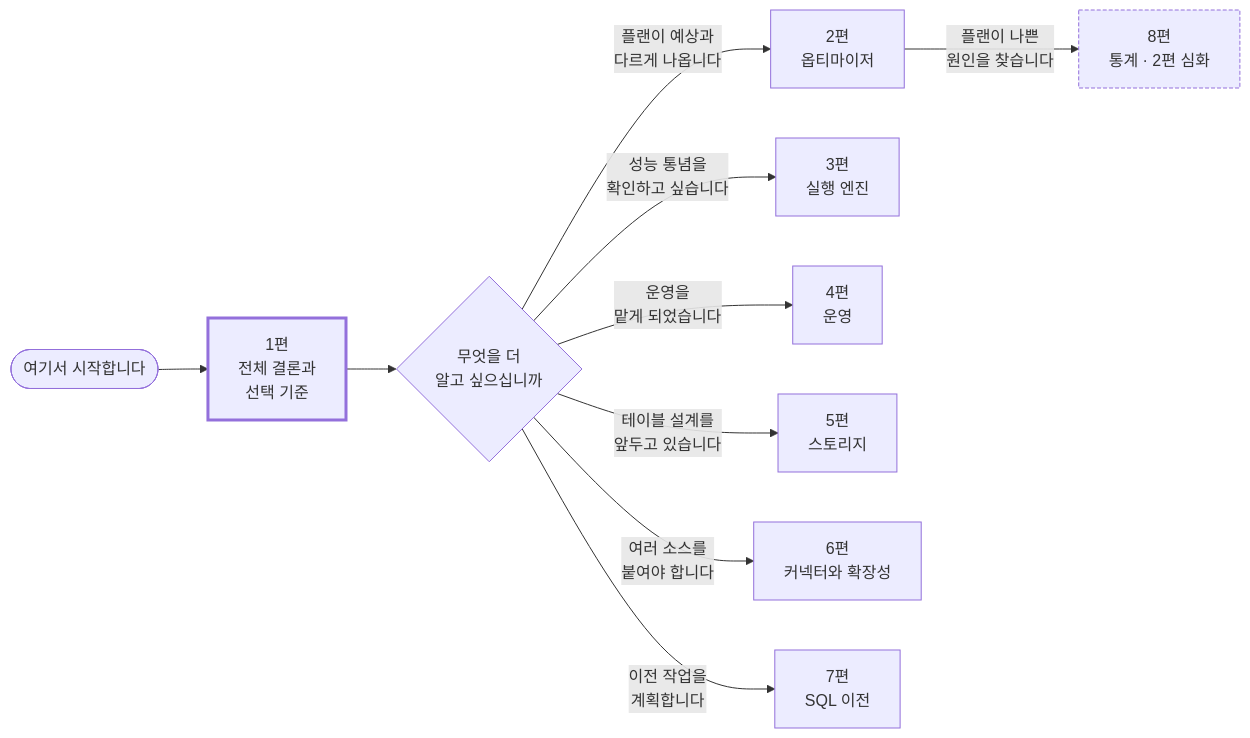
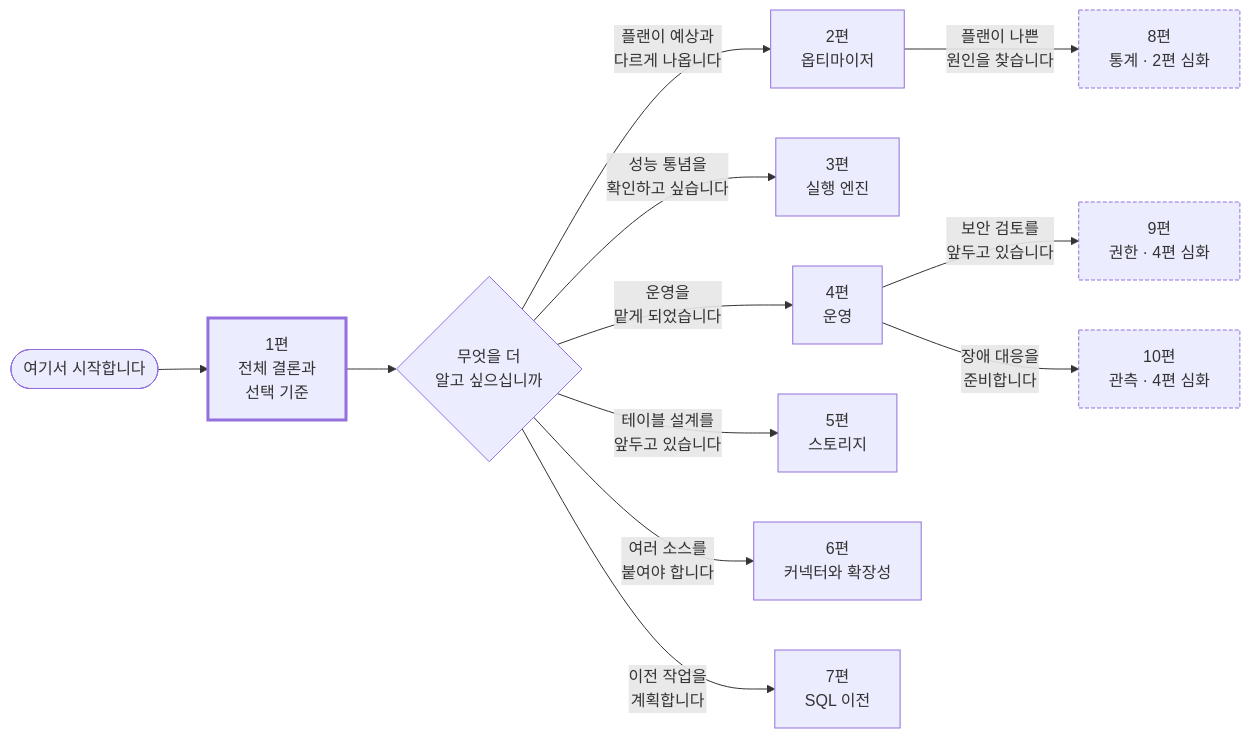
One commit to braveji18/dataops-insight changed the first of 5 diagrams in docs/blog/00-시리즈-안내.md. Above: the diagram before and after it, drawn with Mermaid. The commit also changed other lines of this file and 5 other files, not shown here.

````diff
--- a/docs/blog/00-시리즈-안내.md
+++ b/docs/blog/00-시리즈-안내.md
@@ -24,16 +24,18 @@
 ```mermaid
 flowchart LR
     START(["여기서 시작합니다"]) --> P1["1편<br/>전체 결론과<br/>선택 기준"]
     P1 --> Q{"무엇을 더<br/>알고 싶으십니까"}
     Q -->|"플랜이 예상과<br/>다르게 나옵니다"| P2["2편<br/>옵티마이저"]
     Q -->|"성능 통념을<br/>확인하고 싶습니다"| P3["3편<br/>실행 엔진"]
     Q -->|"운영을<br/>맡게 되었습니다"| P4["4편<br/>운영"]
     Q -->|"테이블 설계를<br/>앞두고 있습니다"| P5["5편<br/>스토리지"]
     Q -->|"여러 소스를<br/>붙여야 합니다"| P6["6편<br/>커넥터와 확장성"]
     Q -->|"이전 작업을<br/>계획합니다"| P7["7편<br/>SQL 이전"]
     P2 -->|"플랜이 나쁜<br/>원인을 찾습니다"| P8["8편<br/>통계 · 2편 심화"]
+    P4 -->|"보안 검토를<br/>앞두고 있습니다"| P9["9편<br/>권한 · 4편 심화"]
+    P4 -->|"장애 대응을<br/>준비합니다"| P10["10편<br/>관측 · 4편 심화"]
     classDef entry stroke-width:3px
     classDef deep stroke-dasharray:4 2
     class P1 entry
-    class P8 deep
+    class P8,P9,P10 deep
 ```
````
